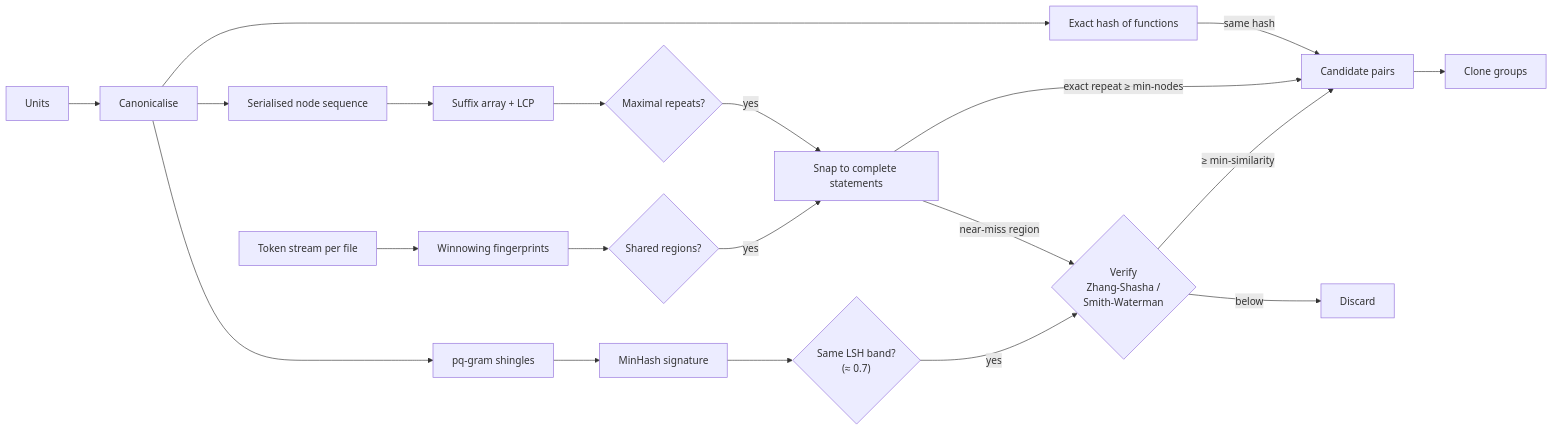
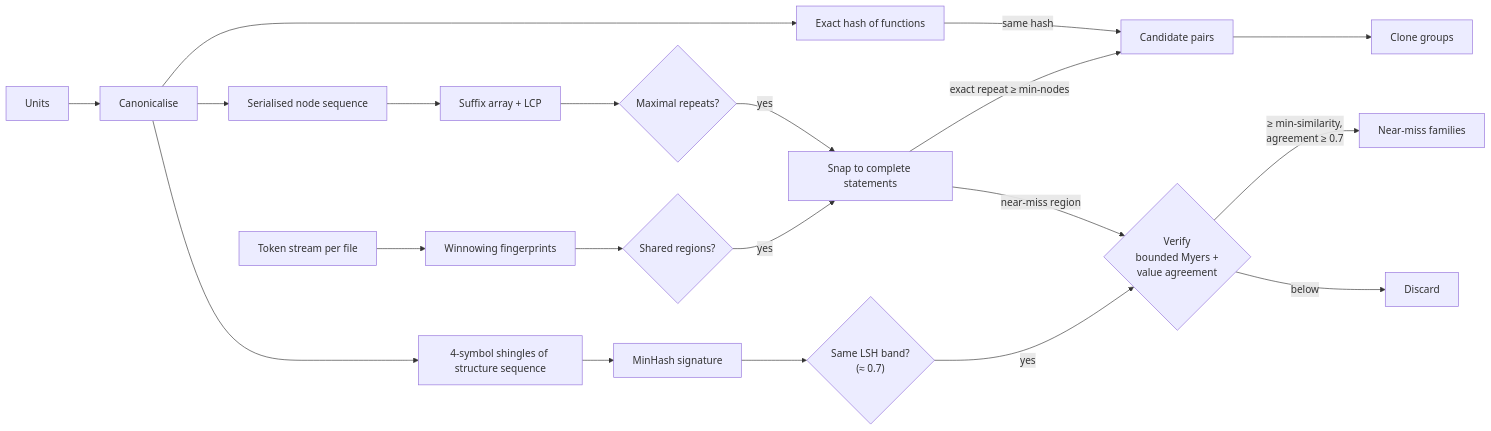
The fourth of 9 diagrams in docs/architecture.md (heikki-laitala/ddslop), drawn with Mermaid before and after one commit. The commit also changed other lines of this file, not shown here.

First line of the commit message:
docs: describe near-miss detection as built

````diff
--- a/docs/architecture.md
+++ b/docs/architecture.md
@@ -391,22 +419,22 @@
 ```mermaid
 flowchart LR
     units[Units] --> canon[Canonicalise]
     canon --> hash[Exact hash of functions]
     canon --> seq[Serialised node sequence]
     seq --> sa[Suffix array + LCP]
     sa --> repeats{Maximal repeats?}
-    canon --> pq[pq-gram shingles]
+    canon --> pq[4-symbol shingles of structure sequence]
     pq --> mh[MinHash signature]
     mh --> lsh{"Same LSH band?<br/>(≈ 0.7)"}
     tokens[Token stream per file] --> win[Winnowing fingerprints]
     win --> regions{Shared regions?}
     repeats -- yes --> snap[Snap to complete statements]
     regions -- yes --> snap
     hash -- same hash --> pairs[Candidate pairs]
     snap -- "exact repeat ≥ min-nodes" --> pairs
     snap -- "near-miss region" --> verify
-    lsh -- yes --> verify{"Verify<br/>Zhang-Shasha /<br/>Smith-Waterman"}
-    verify -- "≥ min-similarity" --> pairs
+    lsh -- yes --> verify{"Verify<br/>bounded Myers +<br/>value agreement"}
+    verify -- "≥ min-similarity,<br/>agreement ≥ 0.7" --> fam[Near-miss families]
     verify -- below --> drop[Discard]
     pairs --> groups[Clone groups]
 ```
````
